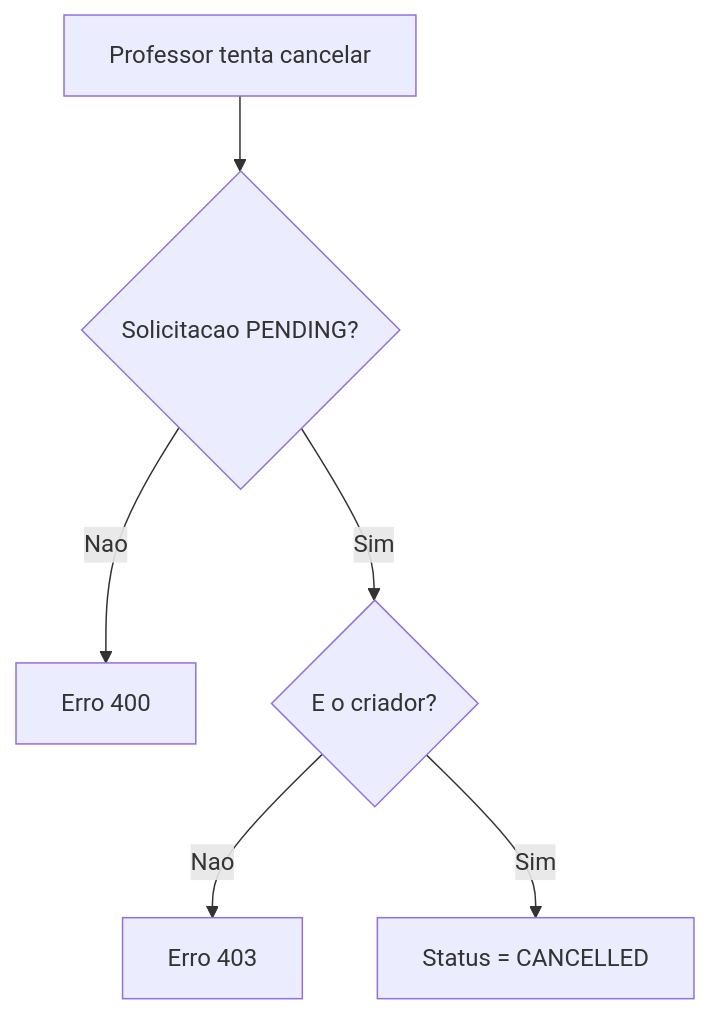
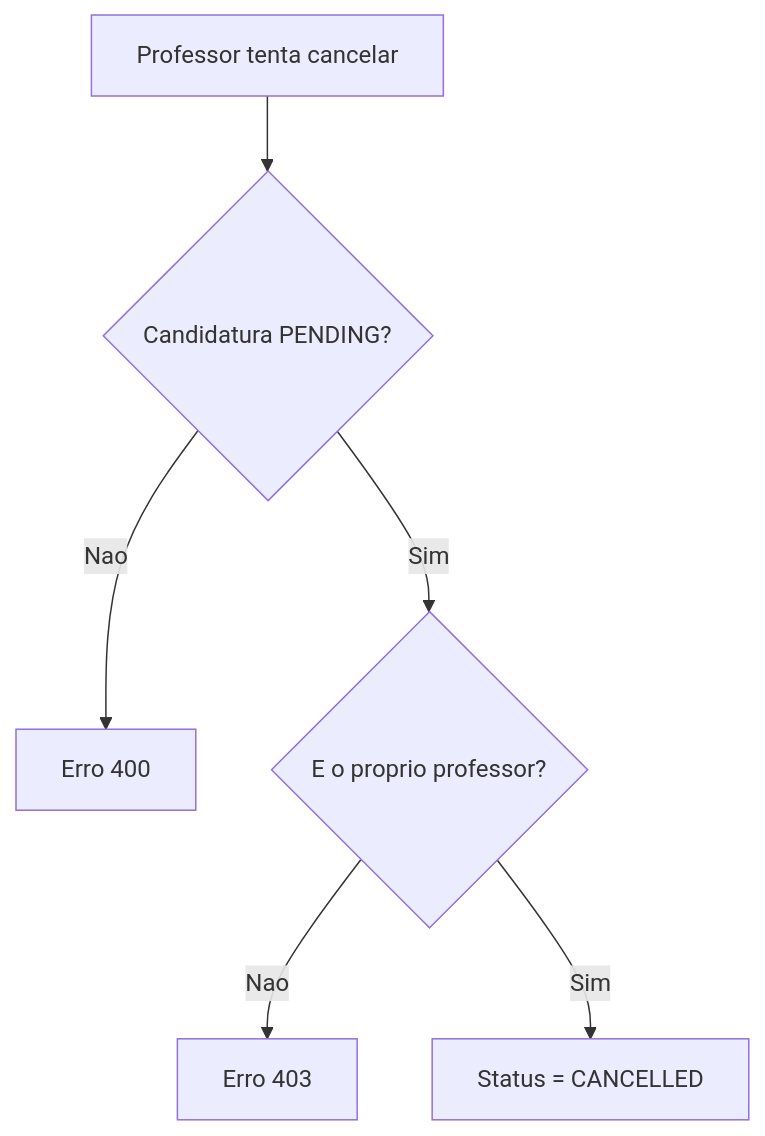
One commit to TROCA-AULA/troca-aula-backend changed the ninth of 10 diagrams in docs/04-regras-negocio.md. Above: the diagram before and after it, drawn with Mermaid. The commit also changed other lines of this file and 1 other file, not shown here.

````diff
--- a/docs/04-regras-negocio.md
+++ b/docs/04-regras-negocio.md
@@ -311,8 +327,8 @@
 ```mermaid
 flowchart TD
-    A[Professor tenta cancelar] --> B{Solicitacao PENDING?}
+    A[Professor tenta cancelar] --> B{Candidatura PENDING?}
     B -->|Nao| C[Erro 400]
-    B -->|Sim| D{E o criador?}
+    B -->|Sim| D{E o proprio professor?}
     D -->|Nao| E[Erro 403]
     D -->|Sim| F[Status = CANCELLED]
 ```
````
